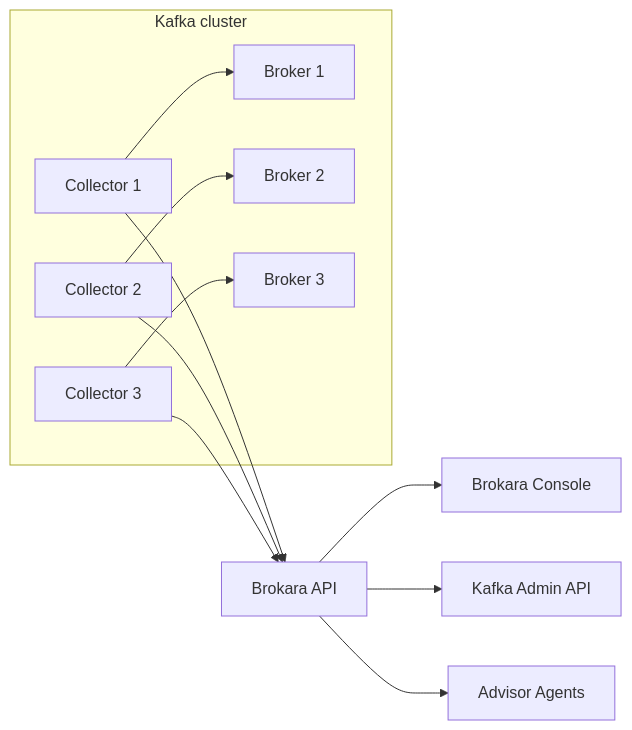
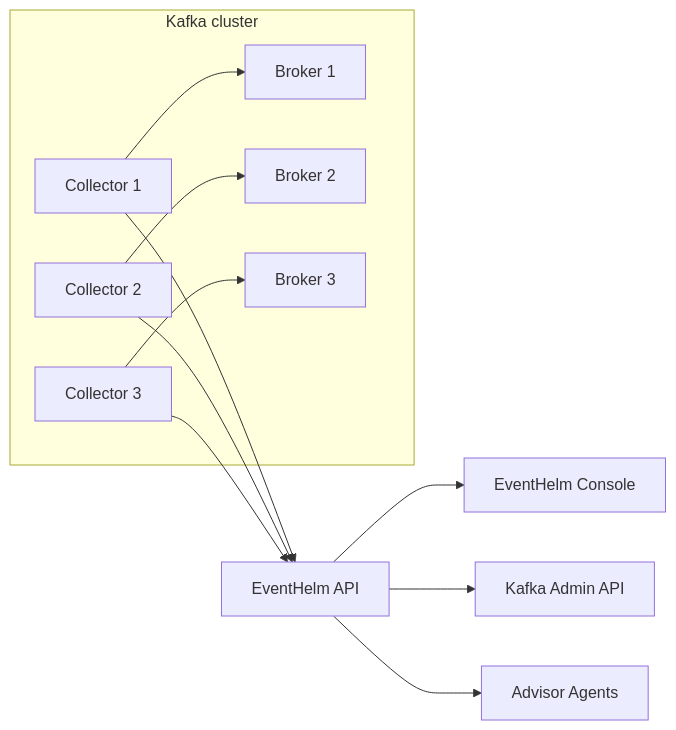
Before and after one commit to ErnandesFranco/eventhelm: the diagram in docs/architecture.md, drawn with Mermaid. The commit also changed other lines of this file and 27 other files, not shown here.

Commit message:
Rebrand to EventHelm and add disk-aware rebalance planning

````diff
--- a/docs/architecture.md
+++ b/docs/architecture.md
@@ -67,21 +80,21 @@
 ```mermaid
 flowchart LR
   subgraph "Kafka cluster"
     B1["Broker 1"]
     B2["Broker 2"]
     B3["Broker 3"]
     C1["Collector 1"]
     C2["Collector 2"]
     C3["Collector 3"]
     C1 --> B1
     C2 --> B2
     C3 --> B3
   end
 
-  C1 --> API["Brokara API"]
+  C1 --> API["EventHelm API"]
   C2 --> API
   C3 --> API
-  API --> UI["Brokara Console"]
+  API --> UI["EventHelm Console"]
   API --> KAFKA["Kafka Admin API"]
   API --> AGENTS["Advisor Agents"]
 ```
````
